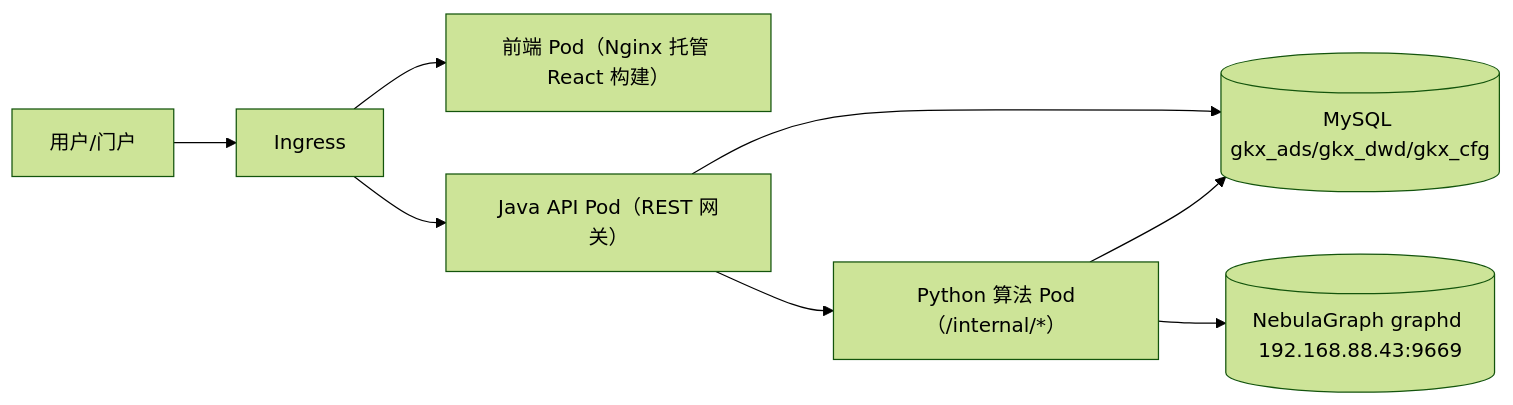
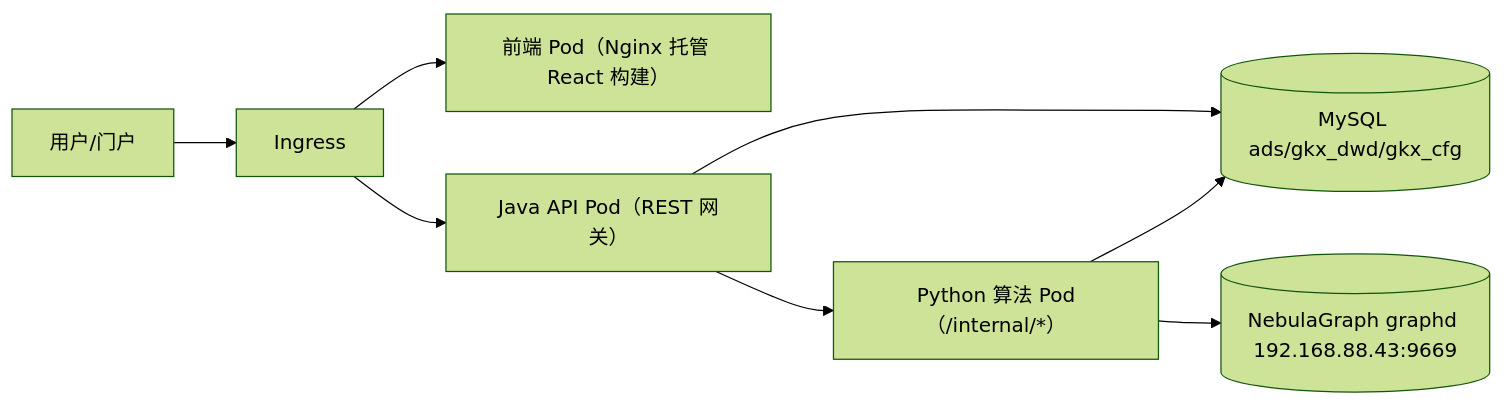
The second of 2 diagrams in agent-delivery/验收文档/企业要素系统概要设计说明书HLD(v1).md (Marisolebxf/-), drawn with Mermaid (forest theme) before and after one commit. The commit also changed other lines of this file and 26 other files, not shown here.

First line of the commit message:
docs(data): align ENT/CHAIN/POLICY docs to PG schema.table naming [agent:data]

````diff
--- a/agent-delivery/验收文档/企业要素系统概要设计说明书HLD(v1).md
+++ b/agent-delivery/验收文档/企业要素系统概要设计说明书HLD(v1).md
@@ -165,10 +165,10 @@
 ```mermaid
 flowchart LR
   USER["用户/门户"] --> ING["Ingress"]
   ING --> FEPOD["前端 Pod（Nginx 托管 React 构建）"]
   ING --> JPOD["Java API Pod（REST 网关）"]
   JPOD --> PYPOD["Python 算法 Pod（/internal/*）"]
-  JPOD --> MYSQL[("MySQL gkx_ads/gkx_dwd/gkx_cfg")]
+  JPOD --> MYSQL[("MySQL ads/gkx_dwd/gkx_cfg")]
   PYPOD --> MYSQL
   PYPOD --> NEBULA[("NebulaGraph graphd 192.168.88.43:9669")]
 ```
````
